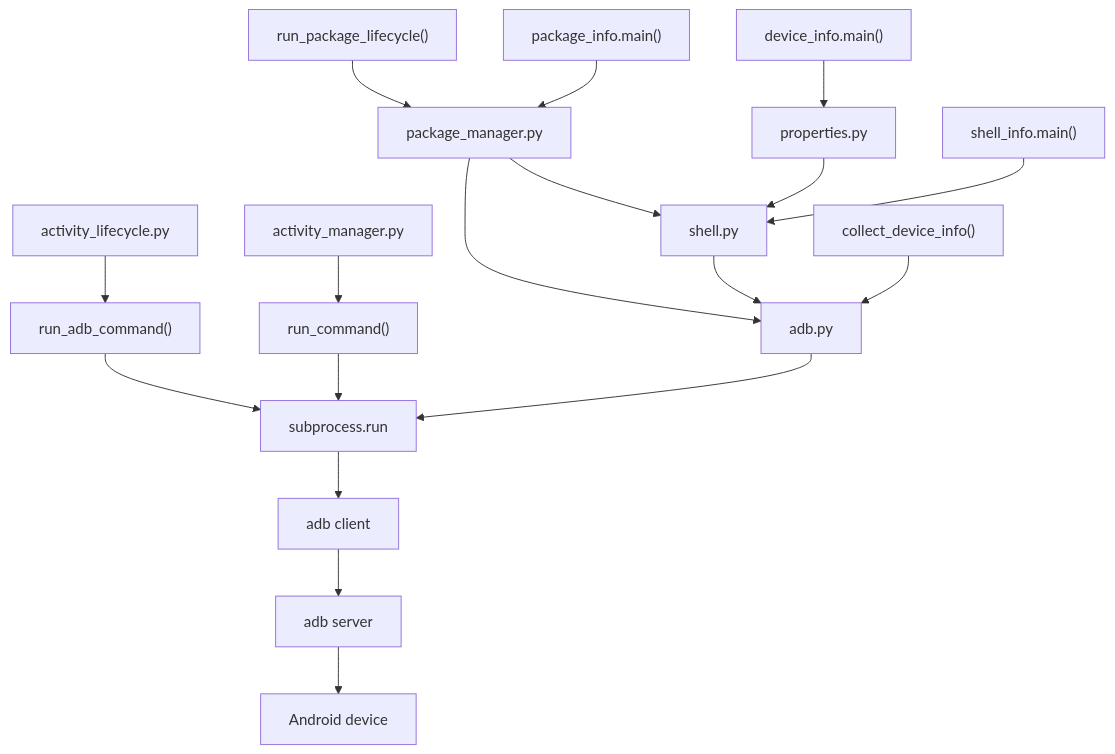
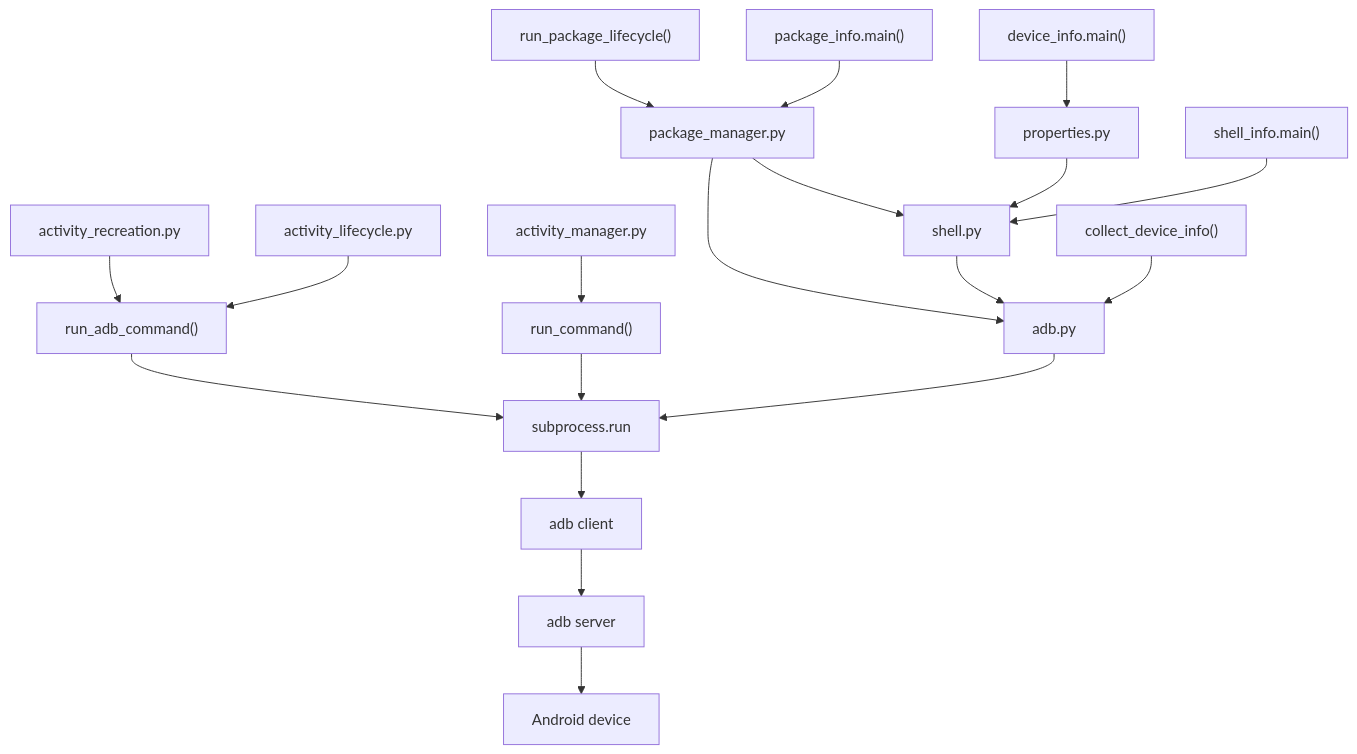
Before and after one commit to andrew771027/android-cookbook: the diagram in docs/architecture.md, drawn with Mermaid. The commit also changed other lines of this file and 9 other files, not shown here.

````diff
--- a/docs/architecture.md
+++ b/docs/architecture.md
@@ -9,20 +9,21 @@
 ```mermaid
 flowchart TD
+    ActivityRecreation["activity_recreation.py"] --> LifecycleCommand
     ActivityLifecycle["activity_lifecycle.py"] --> LifecycleCommand["run_adb_command()"]
     LifecycleCommand --> Subprocess
     ActivityManager["activity_manager.py"] --> RunCommand["run_command()"]
     RunCommand --> Subprocess
     DeviceInfo["device_info.main()"] --> Properties["properties.py"]
     PackageLifecycle["run_package_lifecycle()"] --> PackageManager
     PackageInfo["package_info.main()"] --> PackageManager["package_manager.py"]
     PackageManager --> Shell
     PackageManager --> Adb
     Properties --> Shell["shell.py"]
     ShellInfo["shell_info.main()"] --> Shell
     Shell --> Adb["adb.py"]
     CollectDeviceInfo["collect_device_info()"] --> Adb
     Adb --> Subprocess["subprocess.run"]
     Subprocess --> Client["adb client"]
     Client --> Server["adb server"]
     Server --> Device["Android device"]
 ```
````
